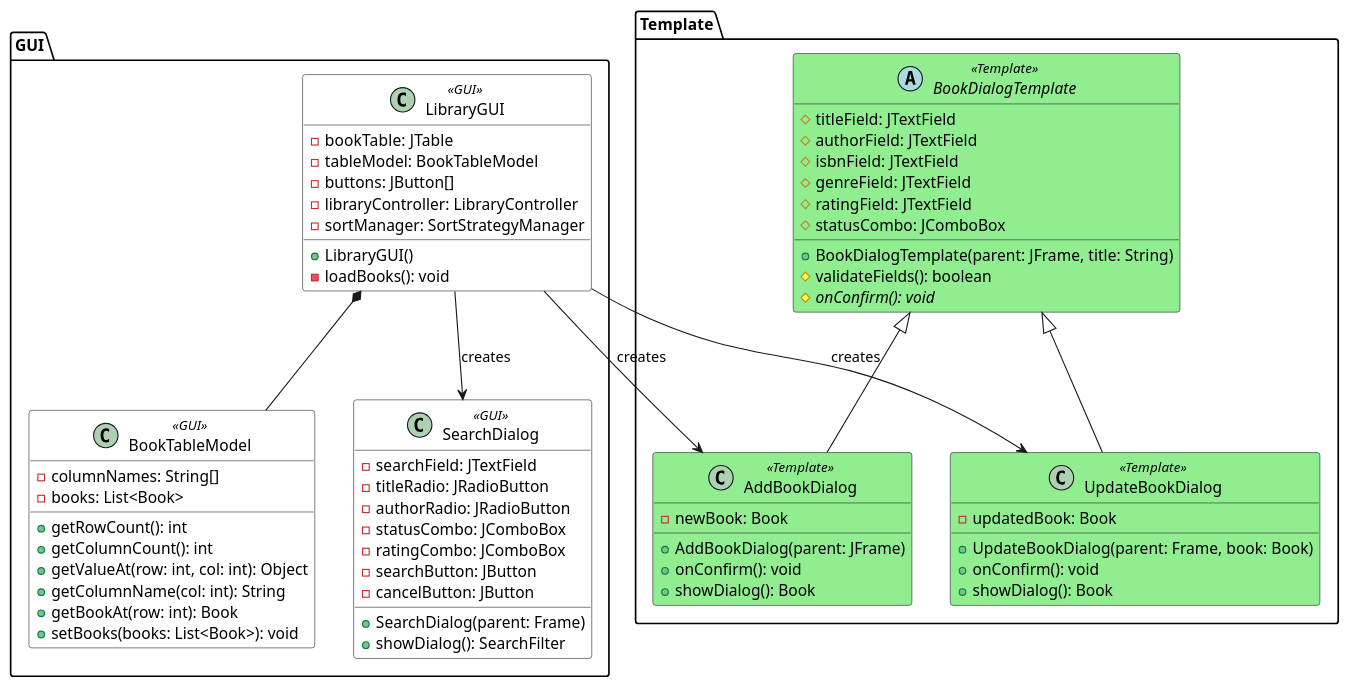
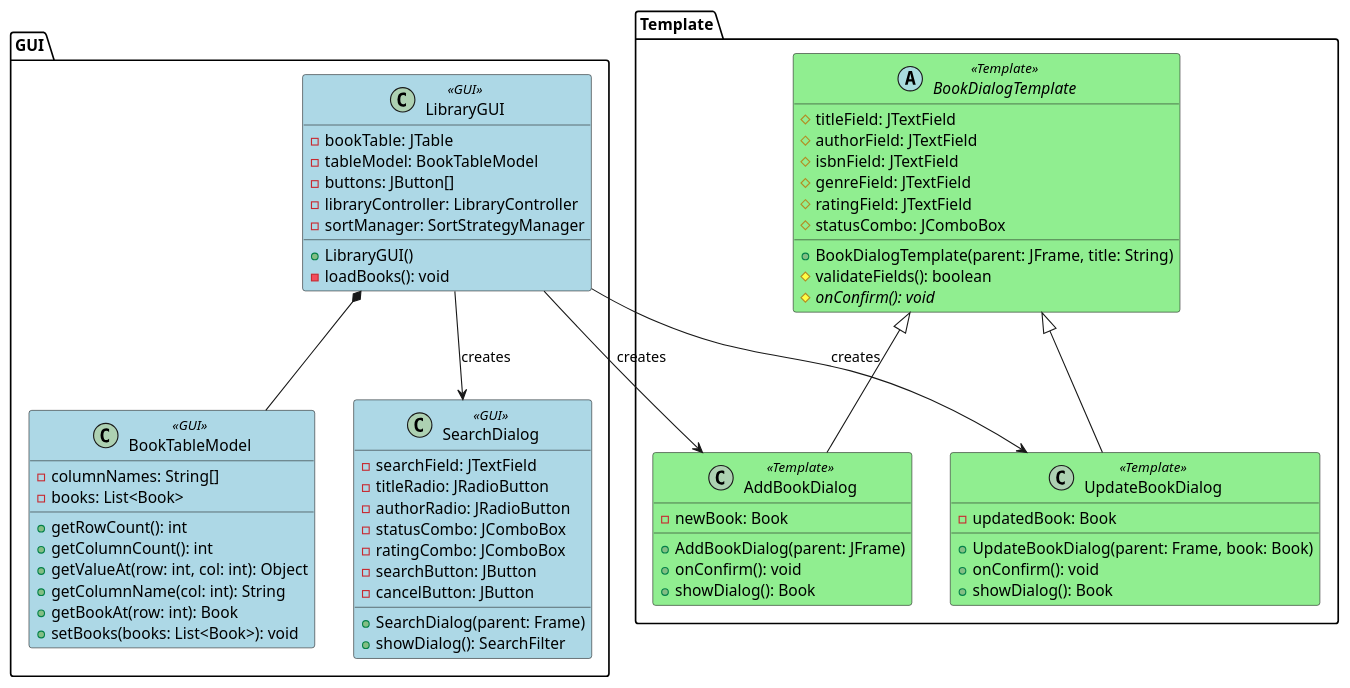
The diagram in src/UML/Component/GUIComponentDiagram.puml (CaputoCristian/LibreriaPersonale), drawn with PlantUML before and after one commit. The commit also changed 24 other files, not shown here.

```diff
--- a/src/UML/Component/GUIComponentDiagram.puml
+++ b/src/UML/Component/GUIComponentDiagram.puml
@@ -1,83 +1,83 @@
 @startuml GUI and Template Component Diagram
 
 skinparam class {
-    BackgroundColor <<GUI>> LightBlue
+    BackgroundColor<<GUI>> LightBlue
     BackgroundColor<<Template>> LightGreen
 }
 
 package "GUI" {
     class LibraryGUI <<GUI>> {
         - bookTable: JTable
         - tableModel: BookTableModel
         - buttons: JButton[]
         - libraryController: LibraryController
         - sortManager: SortStrategyManager
         + LibraryGUI()
         - loadBooks(): void
     }
 
     class BookTableModel <<GUI>> {
         - columnNames: String[]
         - books: List<Book>
         + getRowCount(): int
         + getColumnCount(): int
         + getValueAt(row: int, col: int): Object
         + getColumnName(col: int): String
         + getBookAt(row: int): Book
         + setBooks(books: List<Book>): void
     }
 
     class SearchDialog <<GUI>> {
         - searchField: JTextField
         - titleRadio: JRadioButton
         - authorRadio: JRadioButton
         - statusCombo: JComboBox
         - ratingCombo: JComboBox
         - searchButton: JButton
         - cancelButton: JButton
         + SearchDialog(parent: Frame)
         + showDialog(): SearchFilter
     }
 }
 
 package "Template" {
     abstract class BookDialogTemplate <<Template>> {
         # titleField: JTextField
         # authorField: JTextField
         # isbnField: JTextField
         # genreField: JTextField
         # ratingField: JTextField
         # statusCombo: JComboBox
         + BookDialogTemplate(parent: JFrame, title: String)
         # validateFields(): boolean
         # {abstract} onConfirm(): void
     }
 
     class AddBookDialog <<Template>> {
         - newBook: Book
         + AddBookDialog(parent: JFrame)
         + onConfirm(): void
         + showDialog(): Book
     }
 
     class UpdateBookDialog <<Template>> {
         - updatedBook: Book
         + UpdateBookDialog(parent: Frame, book: Book)
         + onConfirm(): void
         + showDialog(): Book
     }
 }
 
 ' Relazioni interne GUI
 LibraryGUI *-- BookTableModel
 LibraryGUI --> SearchDialog : creates
 
 ' Relazioni Template
 BookDialogTemplate <|-- AddBookDialog
 BookDialogTemplate <|-- UpdateBookDialog
 
 ' Relazioni tra GUI e Template
 LibraryGUI --> AddBookDialog : creates
 LibraryGUI --> UpdateBookDialog : creates
 
 @enduml
```
